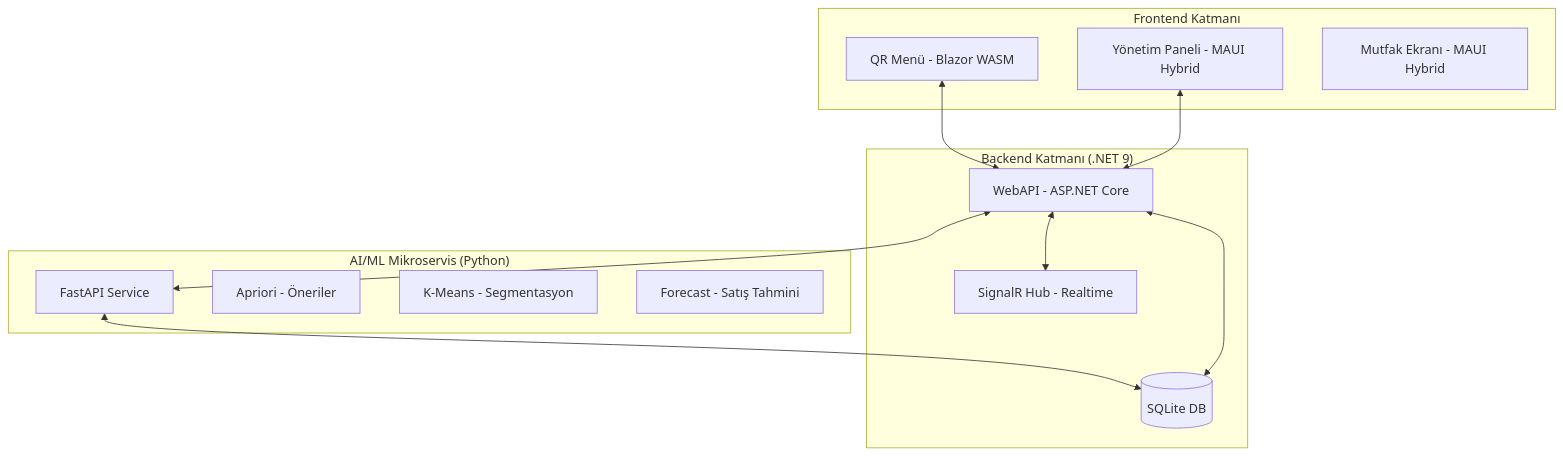
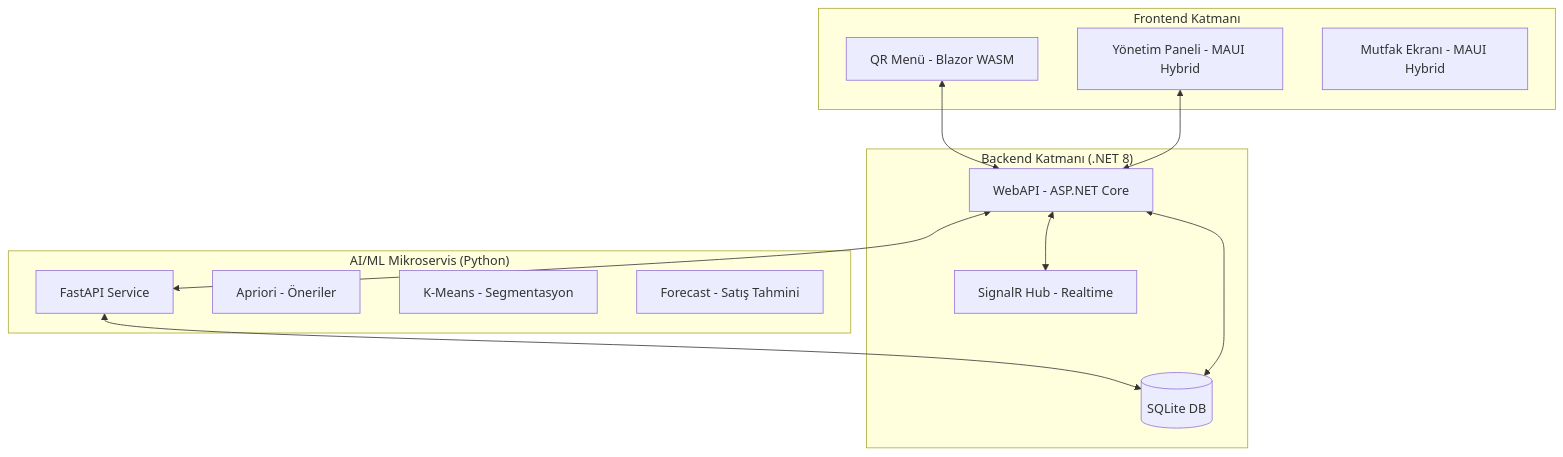
Before and after one commit to erdembaltaci/XPos: the first of 2 diagrams in README.md, drawn with Mermaid.

````diff
--- a/README.md
+++ b/README.md
@@ -12,28 +12,28 @@
 ```mermaid
 graph TD
     subgraph "Frontend Katmanı"
         A[QR Menü - Blazor WASM]
         B[Yönetim Paneli - MAUI Hybrid]
         C[Mutfak Ekranı - MAUI Hybrid]
     end
 
-    subgraph "Backend Katmanı (.NET 9)"
+    subgraph "Backend Katmanı (.NET 8)"
         D[WebAPI - ASP.NET Core]
         E[SignalR Hub - Realtime]
         F[(SQLite DB)]
     end
 
     subgraph "AI/ML Mikroservis (Python)"
         G[FastAPI Service]
         H[Apriori - Öneriler]
         I[K-Means - Segmentasyon]
         J[Forecast - Satış Tahmini]
     end
 
     A <--> D
     B <--> D
     D <--> E
     D <--> G
     G <--> F
     D <--> F
 ```
````
